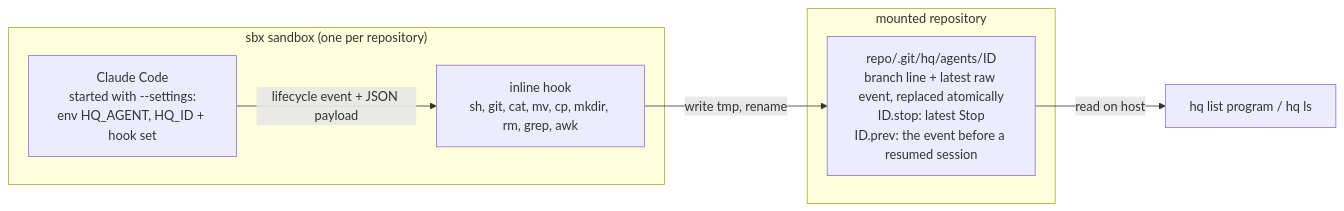
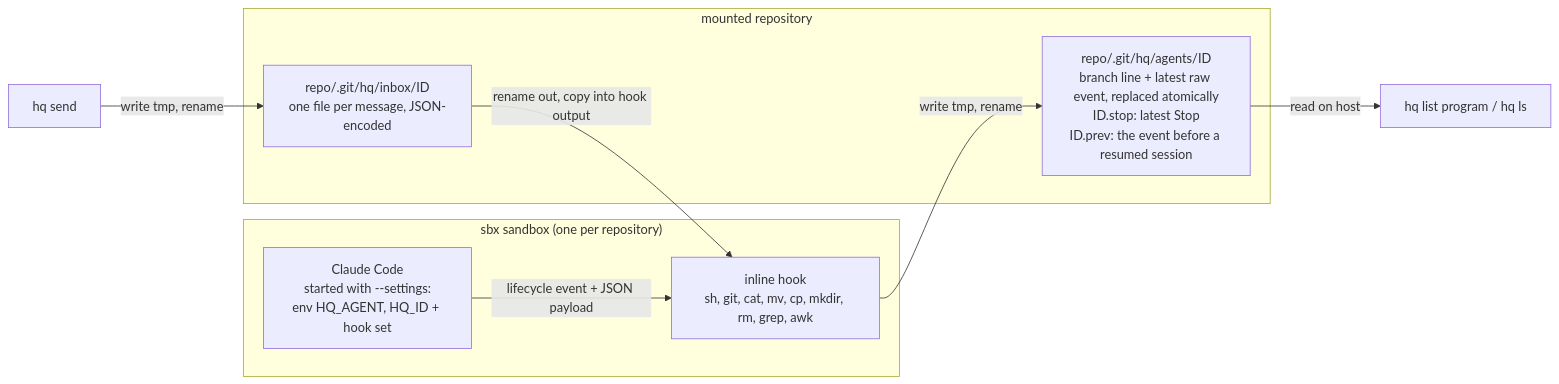
Before and after one commit to rkrysinski/hq: the second of 4 diagrams in docs/design/hq.md, drawn with Mermaid. The commit also changed other lines of this file and 3 other files, not shown here.

````diff
--- a/docs/design/hq.md
+++ b/docs/design/hq.md
@@ -82,13 +82,16 @@
 ```mermaid
 flowchart LR
     subgraph SB["sbx sandbox (one per repository)"]
         C["Claude Code<br/>started with --settings:<br/>env HQ_AGENT, HQ_ID + hook set"]
         K["inline hook<br/>sh, git, cat, mv, cp, mkdir, rm, grep, awk"]
         C -- "lifecycle event + JSON payload" --> K
     end
     subgraph RP["mounted repository"]
         F["repo/.git/hq/agents/ID<br/>branch line + latest raw event, replaced atomically<br/>ID.stop: latest Stop<br/>ID.prev: the event before a resumed session"]
+        I["repo/.git/hq/inbox/ID<br/>one file per message, JSON-encoded"]
     end
     K -- "write tmp, rename" --> F
     F -- "read on host" --> LP["hq list program / hq ls"]
+    SEND["hq send"] -- "write tmp, rename" --> I
+    I -- "rename out, copy into hook output" --> K
 ```
````
